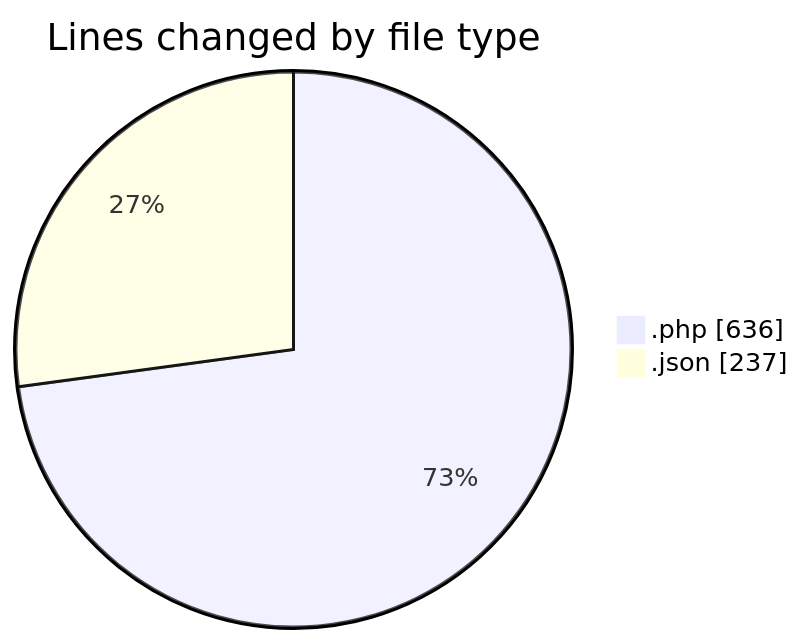
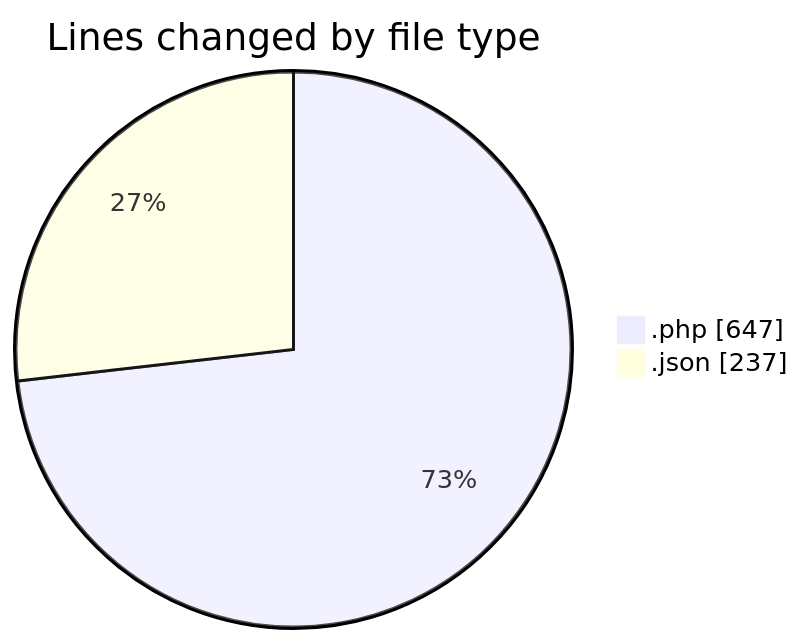
The first of 2 diagrams in 2025-06-16/studio-backend/README.md (idhammustaqopulfikri/code-tracking), drawn with Mermaid before and after one commit. The commit also changed other lines of this file and 1 other file, not shown here.

````diff
--- a/2025-06-16/studio-backend/README.md
+++ b/2025-06-16/studio-backend/README.md
@@ -23,6 +23,6 @@
 ```mermaid
 pie showData
 title Lines changed by file type
-".php" : 636
+".php" : 647
 ".json" : 237
 ```
````
